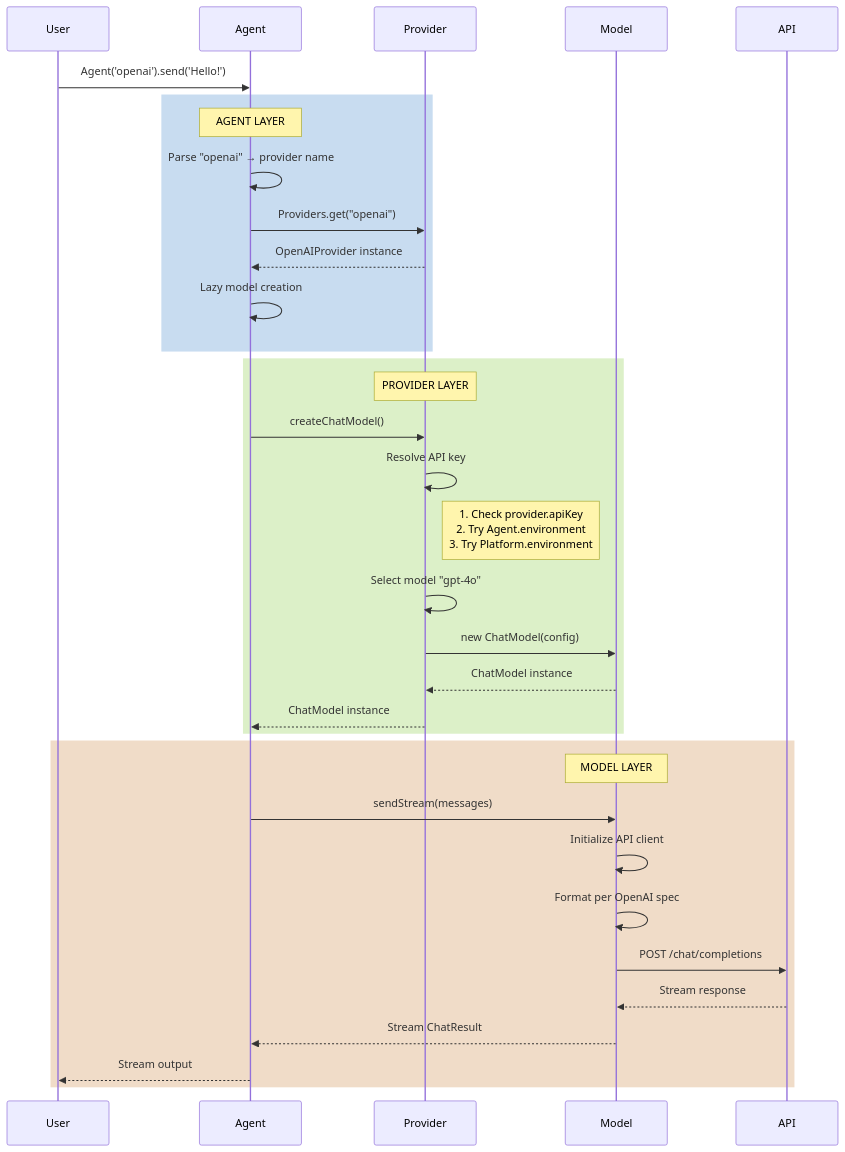
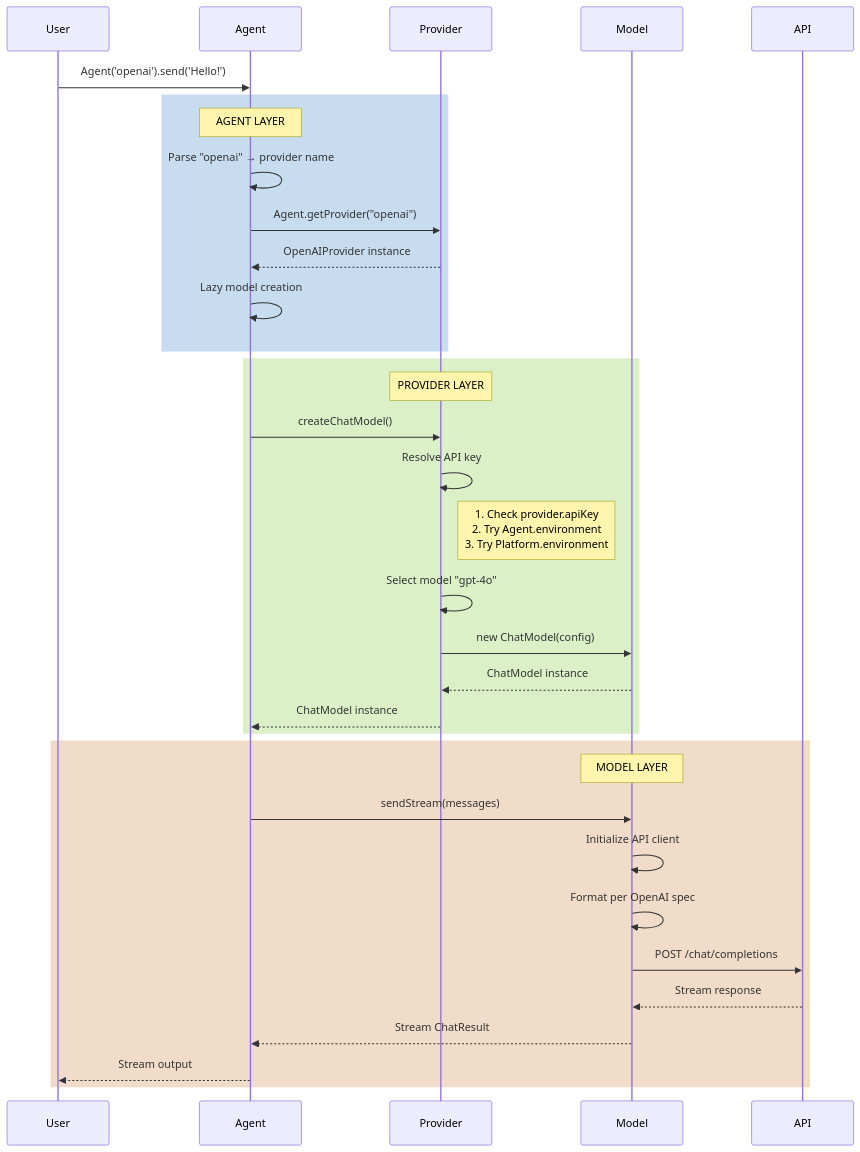
Before and after one commit to csells/dartantic: the third of 3 diagrams in wiki/Unified-Provider-Architecture.md, drawn with Mermaid. The commit also changed other lines of this file and 179 other files, not shown here.

````diff
--- a/wiki/Unified-Provider-Architecture.md
+++ b/wiki/Unified-Provider-Architecture.md
@@ -149,40 +142,40 @@
 ```mermaid
 sequenceDiagram
     participant User
     participant Agent
     participant Provider
     participant Model
     participant API
     
     User->>Agent: Agent('openai').send('Hello!')
     
     rect rgb(200, 220, 240)
         note over Agent: AGENT LAYER
         Agent->>Agent: Parse "openai" → provider name
-        Agent->>Provider: Providers.get("openai")
+        Agent->>Provider: Agent.getProvider("openai")
         Provider-->>Agent: OpenAIProvider instance
         Agent->>Agent: Lazy model creation
     end
     
     rect rgb(220, 240, 200)
         note over Provider: PROVIDER LAYER
         Agent->>Provider: createChatModel()
         Provider->>Provider: Resolve API key
         note right of Provider: 1. Check provider.apiKey<br/>2. Try Agent.environment<br/>3. Try Platform.environment
         Provider->>Provider: Select model "gpt-4o"
         Provider->>Model: new ChatModel(config)
         Model-->>Provider: ChatModel instance
         Provider-->>Agent: ChatModel instance
     end
     
     rect rgb(240, 220, 200)
         note over Model: MODEL LAYER
         Agent->>Model: sendStream(messages)
         Model->>Model: Initialize API client
         Model->>Model: Format per OpenAI spec
         Model->>API: POST /chat/completions
         API-->>Model: Stream response
         Model-->>Agent: Stream ChatResult
         Agent-->>User: Stream output
     end
 ```
````
